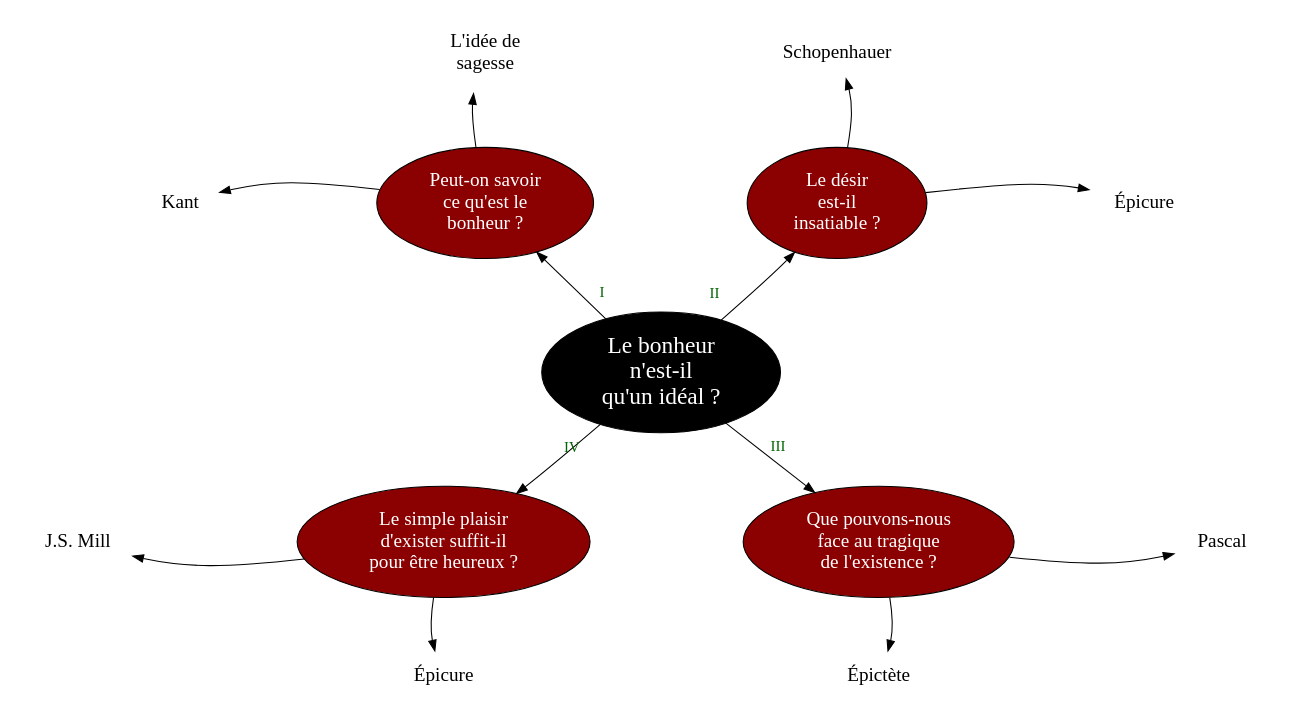
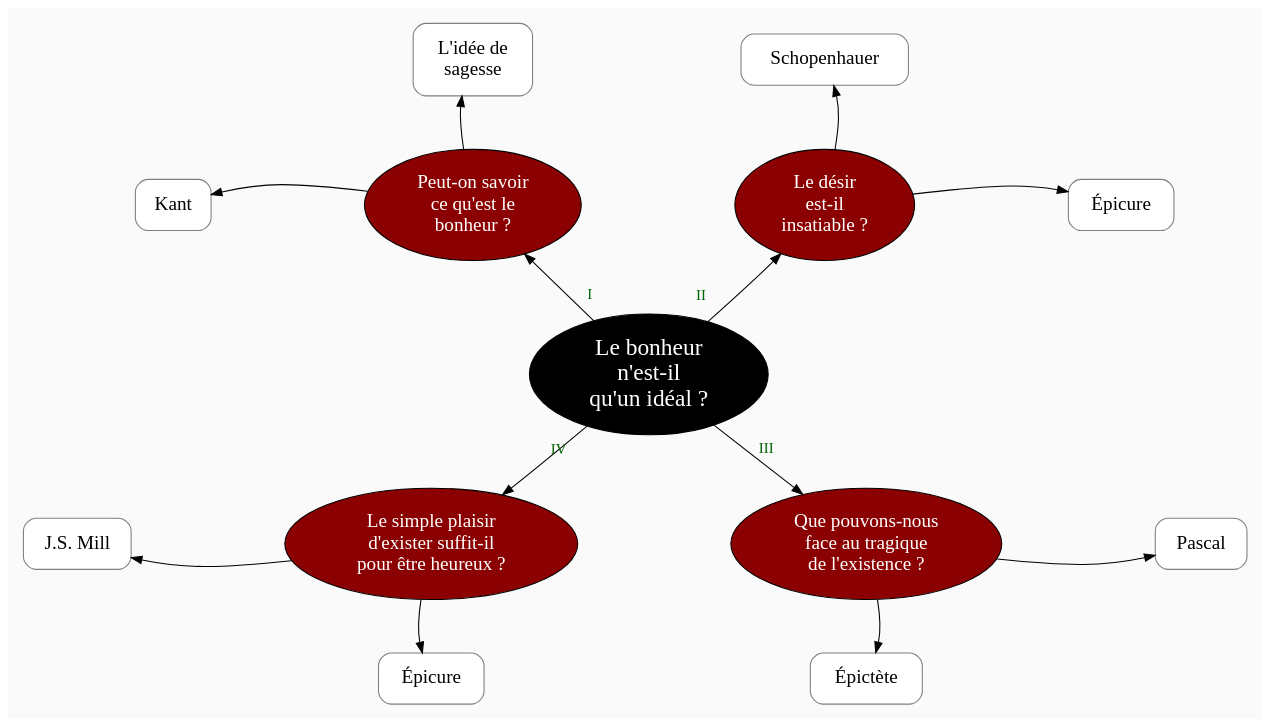
The diagram in plans/test-plan-2.dot (eyssette/graphviz-examples), drawn with Graphviz before and after one commit. The commit also changed 1 other file, not shown here.

```diff
--- a/plans/test-plan-2.dot
+++ b/plans/test-plan-2.dot
@@ -1,66 +1,69 @@
 digraph G {
+pad=0.2
 splines=curved
 nodesep=2
 ranksep=0.7
+bgcolor=grey98
 
 node[style=filled, fontcolor=white, fillcolor=black]
 N[label="Le bonheur
 n'est-il
 qu'un idéal ?", fontsize=22]
 
 node[style="rounded, filled", shape=oval, margin=0.1, fillcolor=red4, penwidth=1, fontsize=18, fontcolor=white]
 a->N[dir=back,headlabel=<<FONT color="darkgreen">I<BR/><BR/></FONT>>]
 c->N[dir=back,headlabel=<<FONT color="darkgreen">II<BR/><BR/></FONT>>]
 N->b[taillabel=<<FONT color="darkgreen"><BR/>            III</FONT>>]
 N->d[taillabel=<<FONT color="darkgreen"><BR/>IV    </FONT>>]
 
 
 {rank=same
 a->c[style=invis]
 }
 
 {rank=same
 d->b[style=invis]
 }
 
 
 // edge[style=invis]
 
 
 
 a[label="Peut-on savoir
 ce qu'est le
 bonheur ?"]
 c[label="Le désir
 est-il
 insatiable ?"]
 b[label="Que pouvons-nous
 face au tragique
 de l'existence ?"]
 d[label="Le simple plaisir
 d'exister suffit-il
 pour être heureux ?"]
 
 
-node[color=red4, fillcolor=white, fontcolor=black, penwidth=0]
+node [shape=box,style="filled,rounded",fillcolor=white,fontcolor=black,color=grey50, margin=0.2]
+
 {rank=same;a1->a[dir=back]}
 a2->a[dir=back]
 c1->c[dir=back]
 {rank=same;c->c2}
 {rank=same;b->b1}
 b->b2
 {rank=same;d1->d[dir=back]}
 d->d2
 
 
 a1[label="Kant"]
 a2[label="L'idée de
 sagesse"]
 b1[label="Pascal"]
 b2[label="Épictète"]
 c1[label="Schopenhauer"]
 c2[label="Épicure"]
 d2[label="Épicure"]
 d1[label="J.S. Mill"]
 
 }
```
